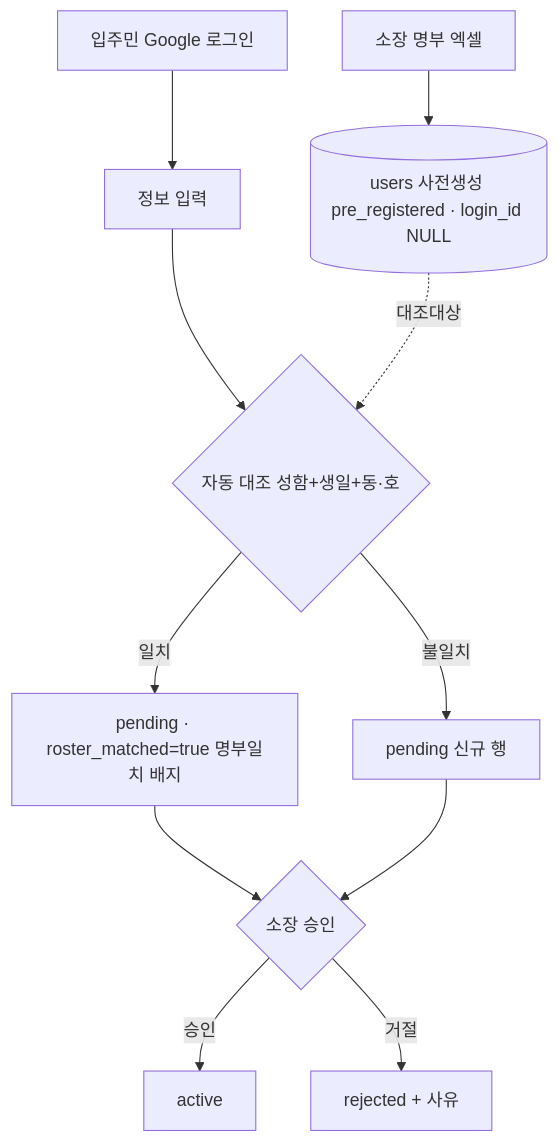
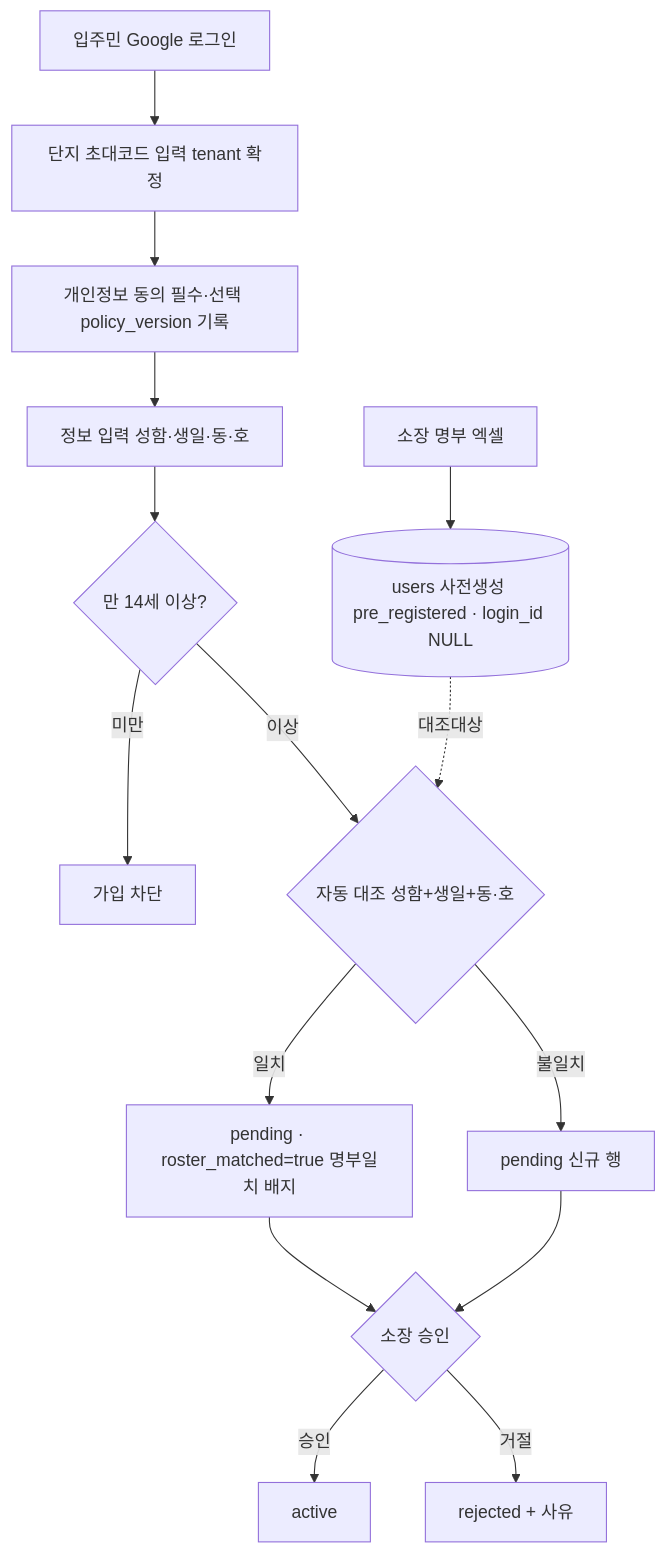
Before and after one commit to romis9724/LIVIQ: the fourth of 6 diagrams in docs/11-data-architecture.md, drawn with Mermaid. The commit also changed other lines of this file and 27 other files, not shown here.

````diff
--- a/docs/11-data-architecture.md
+++ b/docs/11-data-architecture.md
@@ -98,13 +98,17 @@
 ```mermaid
 flowchart TD
   RX[소장 명부 엑셀] --> PR[(users 사전생성 pre_registered · login_id NULL)]
-  G[입주민 Google 로그인] --> INF[정보 입력]
-  INF --> MT{자동 대조 성함+생일+동·호}
+  G[입주민 Google 로그인] --> IV[단지 초대코드 입력 tenant 확정]
+  IV --> CS[개인정보 동의 필수·선택 policy_version 기록]
+  CS --> INF[정보 입력 성함·생일·동·호]
+  INF --> AGE{만 14세 이상?}
+  AGE -->|미만| BLK[가입 차단]
+  AGE -->|이상| MT{자동 대조 성함+생일+동·호}
   PR -.대조대상.-> MT
   MT -->|일치| P1[pending · roster_matched=true 명부일치 배지]
   MT -->|불일치| P2[pending 신규 행]
   P1 --> AP{소장 승인}
   P2 --> AP
   AP -->|승인| AC[active]
   AP -->|거절| RJ[rejected + 사유]
 ```
````
